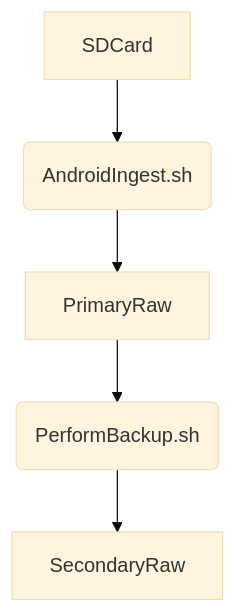
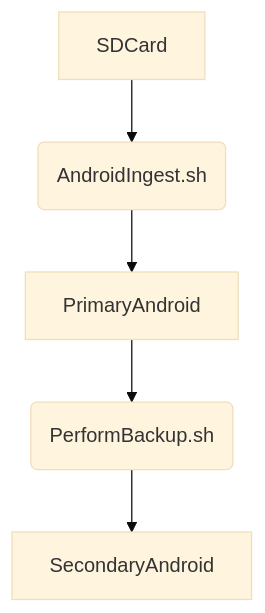
Before and after one commit to barry4356/dione: the second of 2 diagrams in README.md, drawn with Mermaid (base theme).

````diff
--- a/README.md
+++ b/README.md
@@ -30,7 +30,7 @@
 ``` mermaid
 graph TD;
     SDCard --> AI(AndroidIngest.sh);
-    AI(AndroidIngest.sh) --> PrimaryRaw;
-    PrimaryRaw --> PB(PerformBackup.sh);
-    PB(PerformBackup.sh) --> SecondaryRaw;
+    AI(AndroidIngest.sh) --> PrimaryAndroid;
+    PrimaryAndroid --> PB(PerformBackup.sh);
+    PB(PerformBackup.sh) --> SecondaryAndroid;
 ```
````
